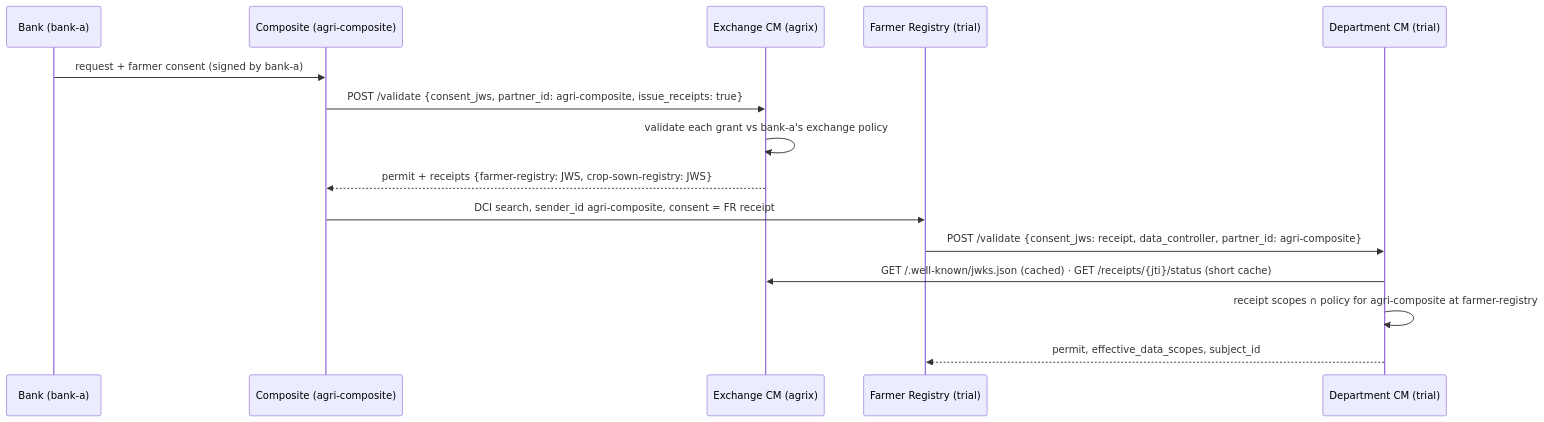
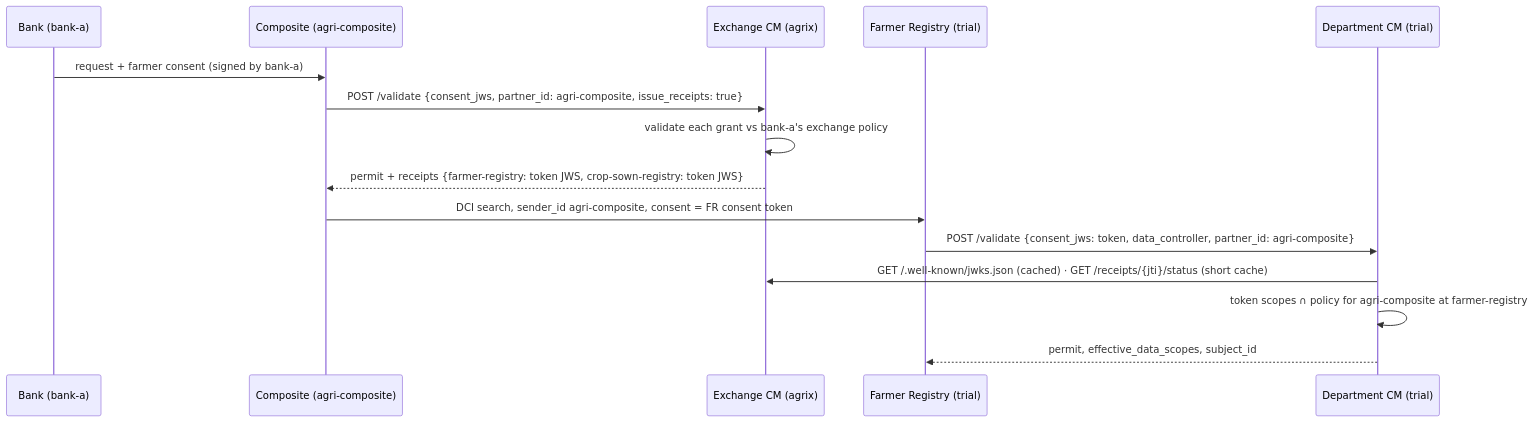
One commit to OpenG2P/openg2p-documentation changed the diagram in consent-management/design/exchange-receipts.md. Above: the diagram before and after it, drawn with Mermaid. The commit also changed other lines of this file and 34 other files, not shown here.

````diff
--- a/consent-management/design/exchange-receipts.md
+++ b/consent-management/design/exchange-receipts.md
@@ -31,17 +34,17 @@
 ```mermaid
 sequenceDiagram
     participant B as Bank (bank-a)
     participant C as Composite (agri-composite)
     participant X as Exchange CM (agrix)
     participant R as Farmer Registry (trial)
     participant D as Department CM (trial)
     B->>C: request + farmer consent (signed by bank-a)
     C->>X: POST /validate {consent_jws, partner_id: agri-composite, issue_receipts: true}
     X->>X: validate each grant vs bank-a's exchange policy
-    X-->>C: permit + receipts {farmer-registry: JWS, crop-sown-registry: JWS}
-    C->>R: DCI search, sender_id agri-composite, consent = FR receipt
-    R->>D: POST /validate {consent_jws: receipt, data_controller, partner_id: agri-composite}
+    X-->>C: permit + receipts {farmer-registry: token JWS, crop-sown-registry: token JWS}
+    C->>R: DCI search, sender_id agri-composite, consent = FR consent token
+    R->>D: POST /validate {consent_jws: token, data_controller, partner_id: agri-composite}
     D->>X: GET /.well-known/jwks.json (cached) · GET /receipts/{jti}/status (short cache)
-    D->>D: receipt scopes ∩ policy for agri-composite at farmer-registry
+    D->>D: token scopes ∩ policy for agri-composite at farmer-registry
     D-->>R: permit, effective_data_scopes, subject_id
 ```
````
